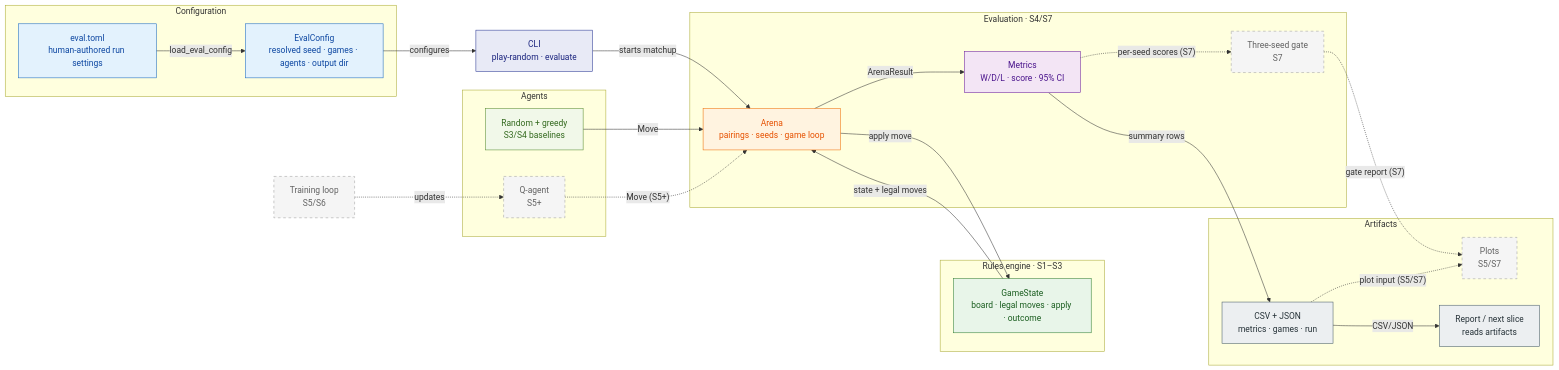
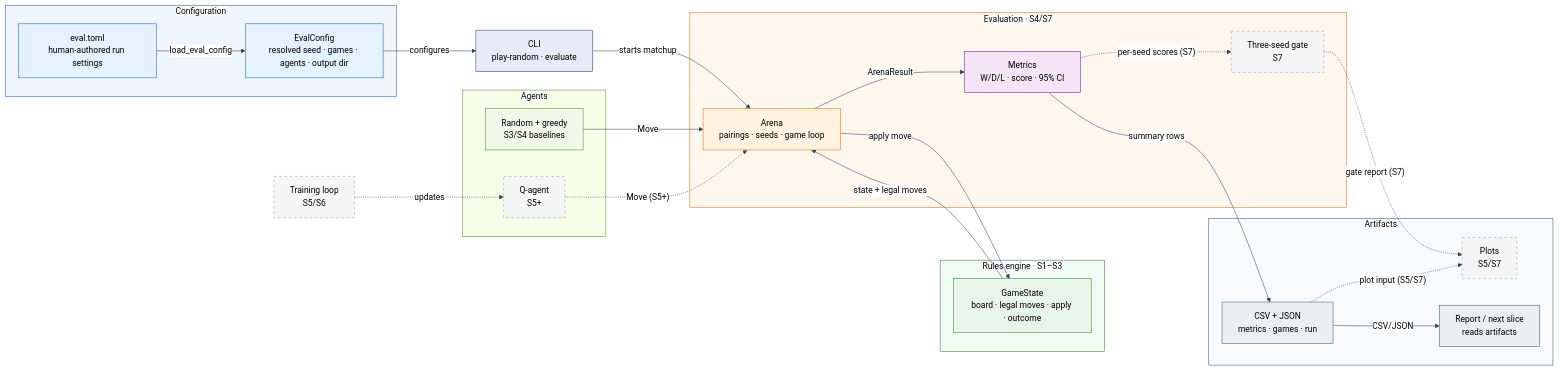
The diagram in docs/architecture.md (till75/RLCheckers), drawn with Mermaid before and after one commit. The commit also changed 4 other files, not shown here.

First line of the commit message:
docs: force black Mermaid labels across figures

````diff
--- a/docs/architecture.md
+++ b/docs/architecture.md
@@ -23,64 +23,71 @@
 ```mermaid
+%%{init: {"theme": "base", "themeVariables": {"darkMode": false, "primaryTextColor": "#000000", "secondaryTextColor": "#000000", "tertiaryTextColor": "#000000", "textColor": "#000000", "lineColor": "#334155", "edgeLabelBackground": "#ffffff", "clusterBkg": "#f8fafc", "clusterBorder": "#94a3b8"}}}%%
 flowchart LR
-  subgraph Config["Configuration"]
-    TOML["eval.toml<br/>human-authored run settings"]
-    CFG["EvalConfig<br/>resolved seed · games · agents · output dir"]
-    TOML -->|"load_eval_config"| CFG
+  subgraph Config["<span style='background-color:#ffffff'><span style='color:#000000'>Configuration</span></span>"]
+    TOML["<span style='color:#000000'>eval.toml<br/>human-authored run settings</span>"]
+    CFG["<span style='color:#000000'>EvalConfig<br/>resolved seed · games · agents · output dir</span>"]
+    TOML -->|"<span style='background-color:#ffffff'><span style='color:#000000'>load_eval_config</span></span>"| CFG
   end
 
-  subgraph Rules["Rules engine · S1–S3"]
-    STATE["GameState<br/>board · legal moves · apply · outcome"]
+  subgraph Rules["<span style='background-color:#ffffff'><span style='color:#000000'>Rules engine · S1–S3</span></span>"]
+    STATE["<span style='color:#000000'>GameState<br/>board · legal moves · apply · outcome</span>"]
   end
 
-  subgraph Agents["Agents"]
-    BASE["Random + greedy<br/>S3/S4 baselines"]
-    Q["Q-agent<br/>S5+"]
+  subgraph Agents["<span style='background-color:#ffffff'><span style='color:#000000'>Agents</span></span>"]
+    BASE["<span style='color:#000000'>Random + greedy<br/>S3/S4 baselines</span>"]
+    Q["<span style='color:#000000'>Q-agent<br/>S5+</span>"]
   end
 
-  subgraph Evaluation["Evaluation · S4/S7"]
-    ARENA["Arena<br/>pairings · seeds · game loop"]
-    METRICS["Metrics<br/>W/D/L · score · 95% CI"]
-    GATE["Three-seed gate<br/>S7"]
+  subgraph Evaluation["<span style='background-color:#ffffff'><span style='color:#000000'>Evaluation · S4/S7</span></span>"]
+    ARENA["<span style='color:#000000'>Arena<br/>pairings · seeds · game loop</span>"]
+    METRICS["<span style='color:#000000'>Metrics<br/>W/D/L · score · 95% CI</span>"]
+    GATE["<span style='color:#000000'>Three-seed gate<br/>S7</span>"]
   end
 
-  subgraph Outputs["Artifacts"]
-    FILES["CSV + JSON<br/>metrics · games · run"]
-    PLOTS["Plots<br/>S5/S7"]
-    CONSUMER["Report / next slice<br/>reads artifacts"]
+  subgraph Outputs["<span style='background-color:#ffffff'><span style='color:#000000'>Artifacts</span></span>"]
+    FILES["<span style='color:#000000'>CSV + JSON<br/>metrics · games · run</span>"]
+    PLOTS["<span style='color:#000000'>Plots<br/>S5/S7</span>"]
+    CONSUMER["<span style='color:#000000'>Report / next slice<br/>reads artifacts</span>"]
   end
 
-  CLI["CLI<br/>play-random · evaluate"]
-  TRAIN["Training loop<br/>S5/S6"]
+  CLI["<span style='color:#000000'>CLI<br/>play-random · evaluate</span>"]
+  TRAIN["<span style='color:#000000'>Training loop<br/>S5/S6</span>"]
 
-  CFG -->|"configures"| CLI
-  CLI -->|"starts matchup"| ARENA
-  STATE -->|"state + legal moves"| ARENA
-  ARENA -->|"apply move"| STATE
-  BASE -->|"Move"| ARENA
-  Q -.->|"Move (S5+)"| ARENA
-  TRAIN -.->|"updates"| Q
-  ARENA -->|"ArenaResult"| METRICS
-  METRICS -->|"summary rows"| FILES
-  METRICS -.->|"per-seed scores (S7)"| GATE
-  GATE -.->|"gate report (S7)"| PLOTS
-  FILES -.->|"plot input (S5/S7)"| PLOTS
-  FILES -->|"CSV/JSON"| CONSUMER
+  CFG -->|"<span style='background-color:#ffffff'><span style='color:#000000'>configures</span></span>"| CLI
+  CLI -->|"<span style='background-color:#ffffff'><span style='color:#000000'>starts matchup</span></span>"| ARENA
+  STATE -->|"<span style='background-color:#ffffff'><span style='color:#000000'>state + legal moves</span></span>"| ARENA
+  ARENA -->|"<span style='background-color:#ffffff'><span style='color:#000000'>apply move</span></span>"| STATE
+  BASE -->|"<span style='background-color:#ffffff'><span style='color:#000000'>Move</span></span>"| ARENA
+  Q -.->|"<span style='background-color:#ffffff'><span style='color:#000000'>Move (S5+)</span></span>"| ARENA
+  TRAIN -.->|"<span style='background-color:#ffffff'><span style='color:#000000'>updates</span></span>"| Q
+  ARENA -->|"<span style='background-color:#ffffff'><span style='color:#000000'>ArenaResult</span></span>"| METRICS
+  METRICS -->|"<span style='background-color:#ffffff'><span style='color:#000000'>summary rows</span></span>"| FILES
+  METRICS -.->|"<span style='background-color:#ffffff'><span style='color:#000000'>per-seed scores (S7)</span></span>"| GATE
+  GATE -.->|"<span style='background-color:#ffffff'><span style='color:#000000'>gate report (S7)</span></span>"| PLOTS
+  FILES -.->|"<span style='background-color:#ffffff'><span style='color:#000000'>plot input (S5/S7)</span></span>"| PLOTS
+  FILES -->|"<span style='background-color:#ffffff'><span style='color:#000000'>CSV/JSON</span></span>"| CONSUMER
 
-  classDef config fill:#e3f2fd,stroke:#1565c0,color:#0d47a1
-  classDef cli fill:#e8eaf6,stroke:#283593,color:#1a237e
-  classDef rules fill:#e8f5e9,stroke:#2e7d32,color:#1b5e20
-  classDef agents fill:#f1f8e9,stroke:#558b2f,color:#33691e
-  classDef eval fill:#fff3e0,stroke:#ef6c00,color:#e65100
-  classDef metrics fill:#f3e5f5,stroke:#6a1b9a,color:#4a148c
-  classDef output fill:#eceff1,stroke:#455a64,color:#263238
-  classDef future fill:#f5f5f5,stroke:#9e9e9e,color:#616161,stroke-dasharray: 5 5
+  style Config fill:#eff6ff,stroke:#1565c0
+  style Rules fill:#f0fdf4,stroke:#2e7d32
+  style Agents fill:#f7fee7,stroke:#558b2f
+  style Evaluation fill:#fff7ed,stroke:#ef6c00
+  style Outputs fill:#f8fafc,stroke:#455a64
+
+  classDef config fill:#e3f2fd,stroke:#1565c0,color:#000000
+  classDef cli fill:#e8eaf6,stroke:#283593,color:#000000
+  classDef rules fill:#e8f5e9,stroke:#2e7d32,color:#000000
+  classDef agents fill:#f1f8e9,stroke:#558b2f,color:#000000
+  classDef eval fill:#fff3e0,stroke:#ef6c00,color:#000000
+  classDef metrics fill:#f3e5f5,stroke:#6a1b9a,color:#000000
+  classDef output fill:#eceff1,stroke:#455a64,color:#000000
+  classDef future fill:#f5f5f5,stroke:#9e9e9e,color:#000000,stroke-dasharray: 5 5
 
   class TOML,CFG config
   class CLI cli
   class STATE rules
   class BASE agents
   class ARENA eval
   class METRICS metrics
   class FILES,CONSUMER output
   class Q,GATE,PLOTS,TRAIN future
 ```
````
